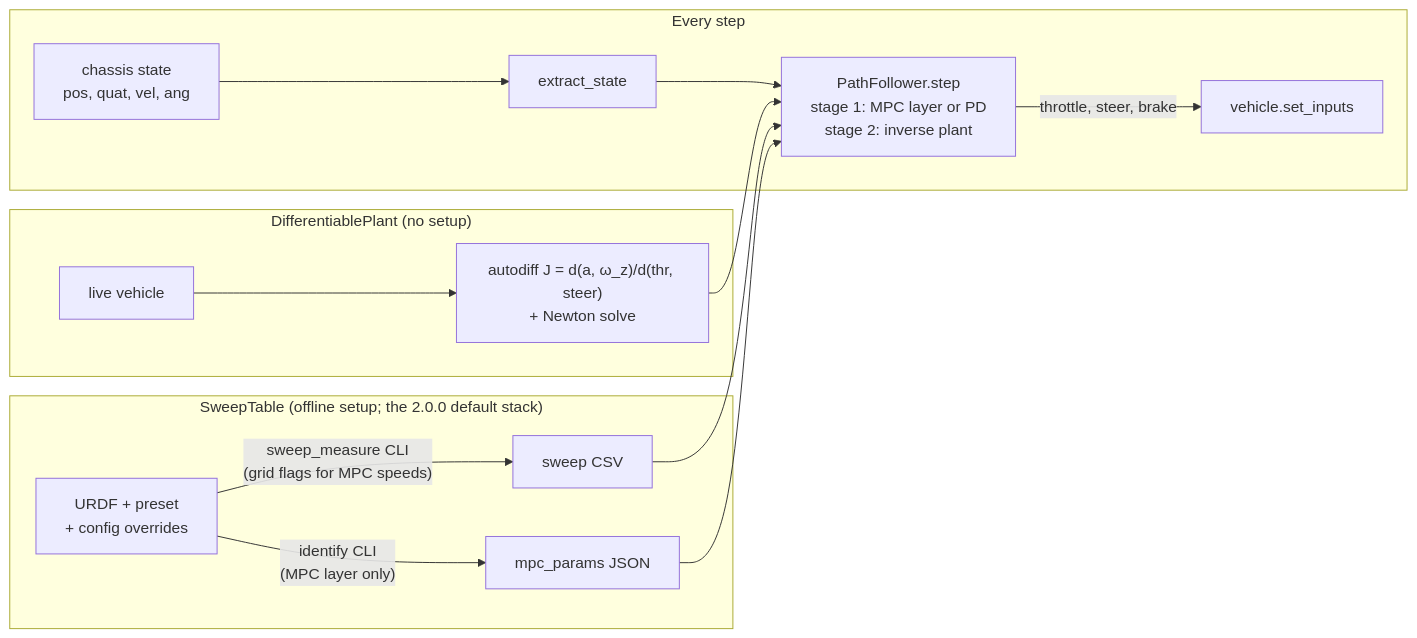
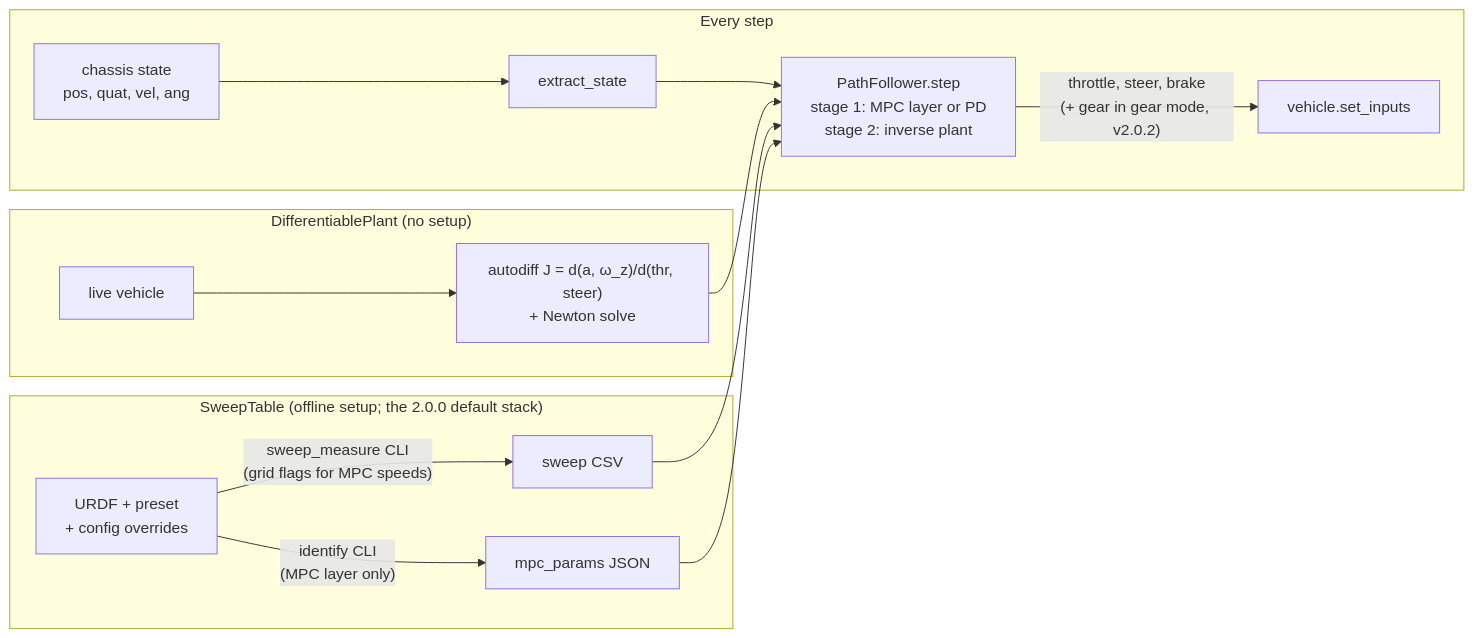
One commit to korfriend/GenesisVehicle changed the first of 7 diagrams in docs/path-following.md. Above: the diagram before and after it, drawn with Mermaid. The commit also changed other lines of this file and 47 other files, not shown here.

````diff
--- a/docs/path-following.md
+++ b/docs/path-following.md
@@ -90,18 +100,18 @@
 ```mermaid
 flowchart LR
     subgraph sw ["SweepTable (offline setup; the 2.0.0 default stack)"]
         U["URDF + preset<br/>+ config overrides"] -->|"sweep_measure CLI<br/>(grid flags for MPC speeds)"| CSV["sweep CSV"]
         U -->|"identify CLI<br/>(MPC layer only)"| PRM["mpc_params JSON"]
     end
     subgraph jac ["DifferentiablePlant (no setup)"]
         VEHJ["live vehicle"] --> JP["autodiff J = d(a, ω_z)/d(thr, steer)<br/>+ Newton solve"]
     end
     subgraph game ["Every step"]
         ST["chassis state<br/>pos, quat, vel, ang"] --> EX["extract_state"]
         EX --> PF["PathFollower.step<br/>stage 1: MPC layer or PD<br/>stage 2: inverse plant"]
         PRM --> PF
         JP --> PF
         CSV --> PF
-        PF -->|"throttle, steer, brake"| VEH["vehicle.set_inputs"]
+        PF -->|"throttle, steer, brake<br/>(+ gear in gear mode, v2.0.2)"| VEH["vehicle.set_inputs"]
     end
 ```
````
